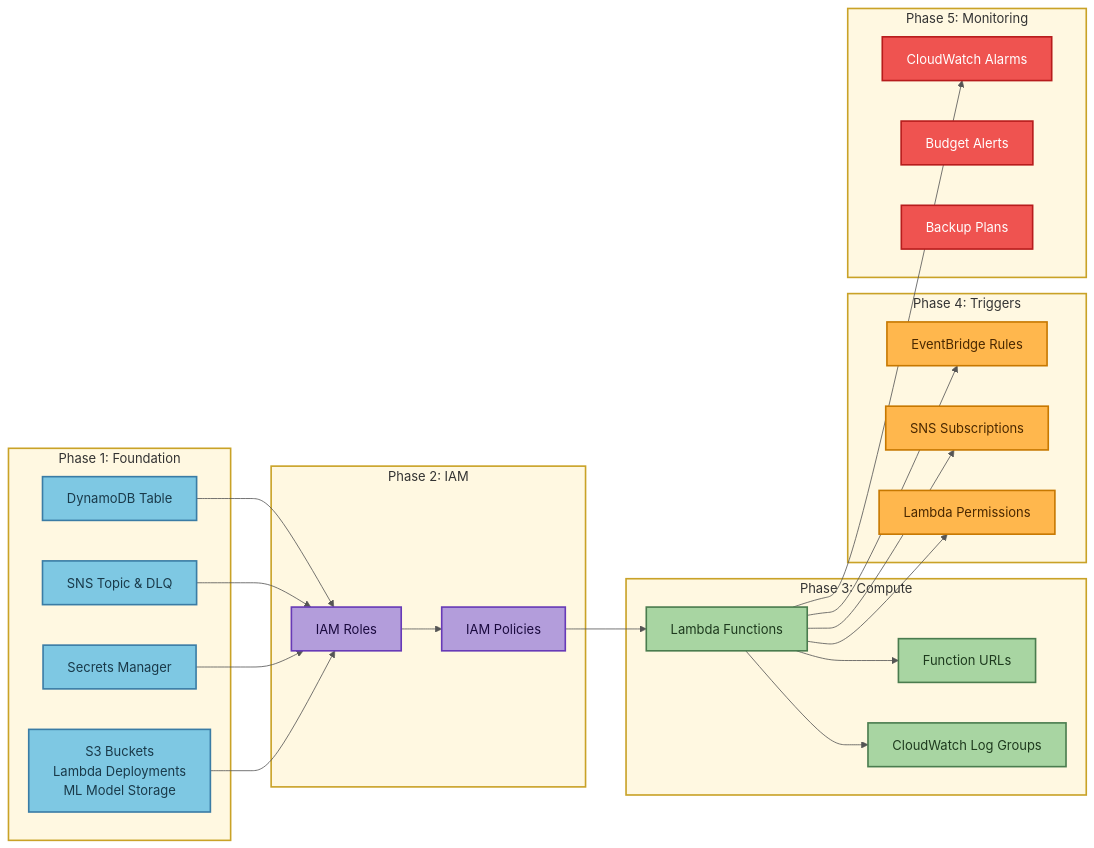
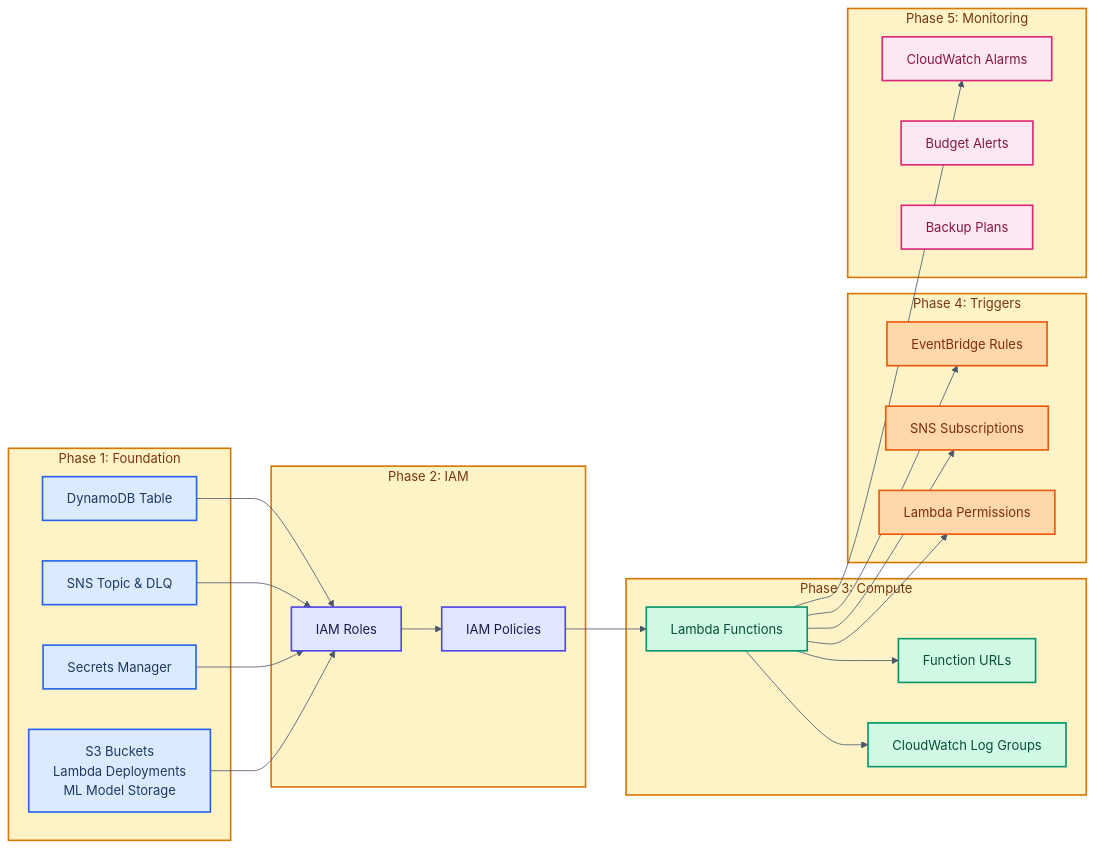
One commit to traylorre/sentiment-analyzer-gsk changed the second of 9 diagrams in docs/TERRAFORM_DEPLOYMENT_FLOW.md. Above: the diagram before and after it, drawn with Mermaid. The commit also changed other lines of this file and 3 other files, not shown here.

First line of the commit message:
docs: Update all diagrams with unified WCAG-compliant color palette

````diff
--- a/docs/TERRAFORM_DEPLOYMENT_FLOW.md
+++ b/docs/TERRAFORM_DEPLOYMENT_FLOW.md
@@ -60,60 +60,60 @@
 ```mermaid
-%%{init: {'theme':'base', 'themeVariables': {'primaryColor':'#fff8e1', 'primaryTextColor':'#333', 'primaryBorderColor':'#c9a227', 'lineColor':'#555'}}}%%
+%%{init: {'theme': 'base', 'themeVariables': {'primaryColor': '#e8f4fd', 'primaryTextColor': '#1a365d', 'primaryBorderColor': '#3182ce', 'lineColor': '#4a5568'}}}%%
 flowchart LR
     subgraph Phase1["Phase 1: Foundation"]
         A[S3 Buckets<br/>Lambda Deployments<br/>ML Model Storage]
         B[Secrets Manager]
         C[SNS Topic & DLQ]
         D[DynamoDB Table]
     end
 
     subgraph Phase2["Phase 2: IAM"]
         E[IAM Roles]
         F[IAM Policies]
     end
 
     subgraph Phase3["Phase 3: Compute"]
         G[Lambda Functions]
         H[Function URLs]
         I[CloudWatch Log Groups]
     end
 
     subgraph Phase4["Phase 4: Triggers"]
         J[EventBridge Rules]
         K[SNS Subscriptions]
         L[Lambda Permissions]
     end
 
     subgraph Phase5["Phase 5: Monitoring"]
         M[CloudWatch Alarms]
         N[Budget Alerts]
         O[Backup Plans]
     end
 
     A --> E
     B --> E
     C --> E
     D --> E
     E --> F
     F --> G
     G --> H
     G --> I
     G --> J
     G --> K
     G --> L
     G --> M
 
-    classDef stageBox fill:#fff8e1,stroke:#c9a227,stroke-width:2px,color:#333
-    classDef phase1Node fill:#7ec8e3,stroke:#3a7ca5,stroke-width:2px,color:#1a3a4a
-    classDef phase2Node fill:#b39ddb,stroke:#673ab7,stroke-width:2px,color:#1a0a3e
-    classDef phase3Node fill:#a8d5a2,stroke:#4a7c4e,stroke-width:2px,color:#1e3a1e
-    classDef phase4Node fill:#ffb74d,stroke:#c77800,stroke-width:2px,color:#4a2800
-    classDef phase5Node fill:#ef5350,stroke:#b71c1c,stroke-width:2px,color:#fff
+    classDef stageBox fill:#fef3c7,stroke:#d97706,stroke-width:2px,color:#78350f
+    classDef phase1Node fill:#dbeafe,stroke:#2563eb,stroke-width:2px,color:#1e3a5f
+    classDef phase2Node fill:#e0e7ff,stroke:#4f46e5,stroke-width:2px,color:#1e1b4b
+    classDef phase3Node fill:#d1fae5,stroke:#059669,stroke-width:2px,color:#064e3b
+    classDef phase4Node fill:#fed7aa,stroke:#ea580c,stroke-width:2px,color:#7c2d12
+    classDef phase5Node fill:#fce7f3,stroke:#db2777,stroke-width:2px,color:#831843
 
     class Phase1,Phase2,Phase3,Phase4,Phase5 stageBox
     class A,B,C,D phase1Node
     class E,F phase2Node
     class G,H,I phase3Node
     class J,K,L phase4Node
     class M,N,O phase5Node
 ```
````
